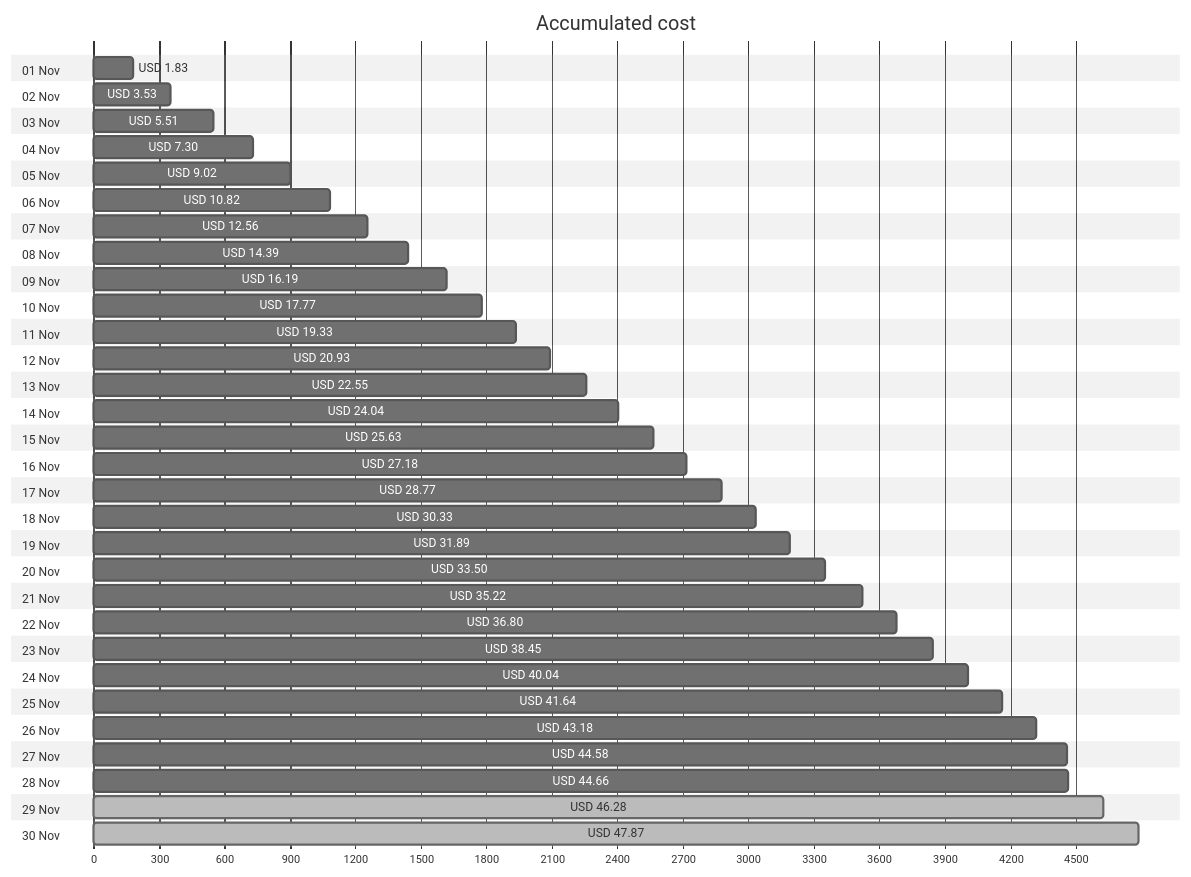
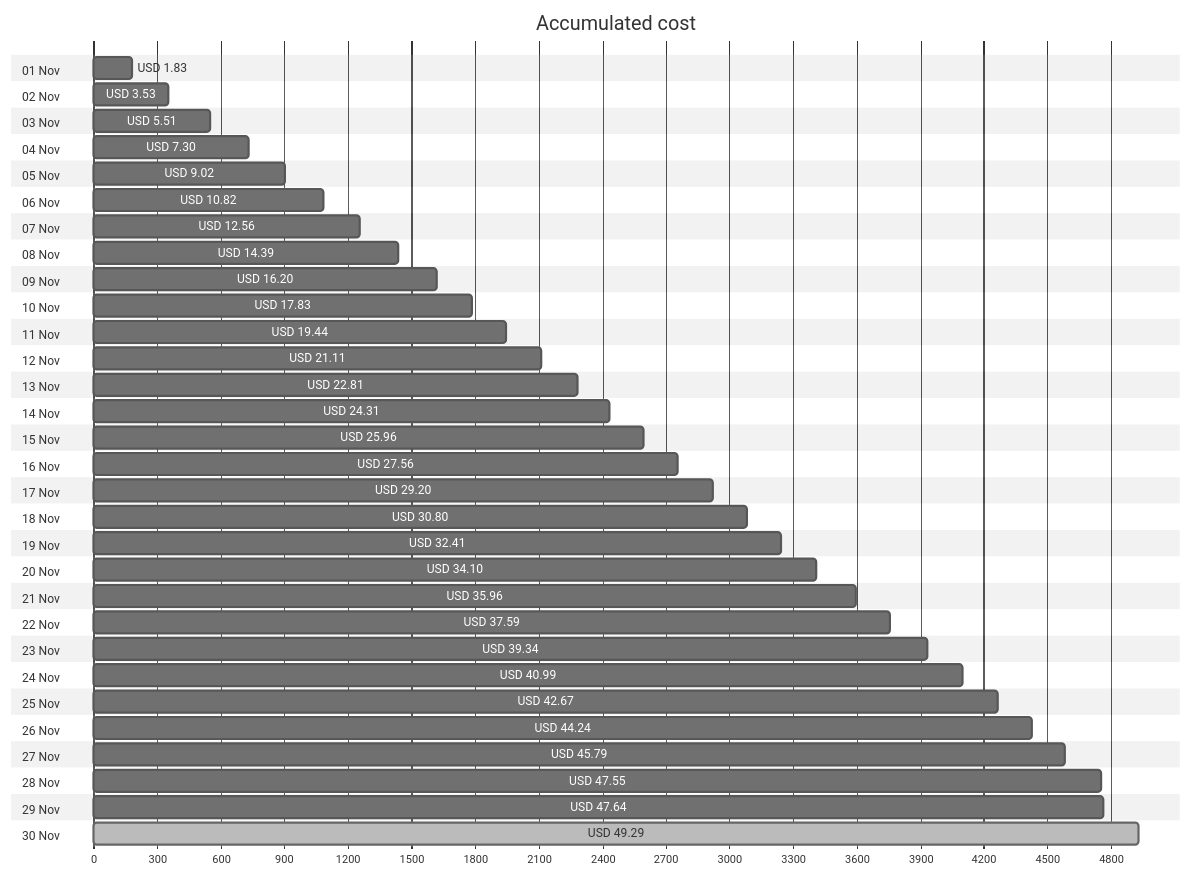
The first of 4 diagrams in cost-reports/personal-network/README.md (jpfulton/azure-personal-reports), drawn with Mermaid (neutral theme) before and after one commit. The commit also changed other lines of this file and 8 other files, not shown here.

````diff
--- a/cost-reports/personal-network/README.md
+++ b/cost-reports/personal-network/README.md
@@ -20,66 +20,66 @@
 ```mermaid
 gantt
    title Accumulated cost
    dateFormat  X
    axisFormat %s
    section 01 Nov
    USD 1.83 :0, 183
    section 02 Nov
    USD 3.53 :0, 353
    section 03 Nov
    USD 5.51 :0, 551
    section 04 Nov
    USD 7.30 :0, 730
    section 05 Nov
    USD 9.02 :0, 902
    section 06 Nov
    USD 10.82 :0, 1082
    section 07 Nov
    USD 12.56 :0, 1256
    section 08 Nov
    USD 14.39 :0, 1439
    section 09 Nov
-   USD 16.19 :0, 1619
+   USD 16.20 :0, 1620
    section 10 Nov
-   USD 17.77 :0, 1777
+   USD 17.83 :0, 1783
    section 11 Nov
-   USD 19.33 :0, 1933
+   USD 19.44 :0, 1944
    section 12 Nov
-   USD 20.93 :0, 2093
+   USD 21.11 :0, 2111
    section 13 Nov
-   USD 22.55 :0, 2255
+   USD 22.81 :0, 2281
    section 14 Nov
-   USD 24.04 :0, 2404
+   USD 24.31 :0, 2431
    section 15 Nov
-   USD 25.63 :0, 2563
+   USD 25.96 :0, 2596
    section 16 Nov
-   USD 27.18 :0, 2718
+   USD 27.56 :0, 2756
    section 17 Nov
-   USD 28.77 :0, 2877
+   USD 29.20 :0, 2920
    section 18 Nov
-   USD 30.33 :0, 3033
+   USD 30.80 :0, 3080
    section 19 Nov
-   USD 31.89 :0, 3189
+   USD 32.41 :0, 3241
    section 20 Nov
-   USD 33.50 :0, 3350
+   USD 34.10 :0, 3410
    section 21 Nov
-   USD 35.22 :0, 3522
+   USD 35.96 :0, 3596
    section 22 Nov
-   USD 36.80 :0, 3680
+   USD 37.59 :0, 3759
    section 23 Nov
-   USD 38.45 :0, 3845
+   USD 39.34 :0, 3934
    section 24 Nov
-   USD 40.04 :0, 4004
+   USD 40.99 :0, 4099
    section 25 Nov
-   USD 41.64 :0, 4164
+   USD 42.67 :0, 4267
    section 26 Nov
-   USD 43.18 :0, 4318
+   USD 44.24 :0, 4424
    section 27 Nov
-   USD 44.58 :0, 4458
+   USD 45.79 :0, 4579
    section 28 Nov
-   USD 44.66 :0, 4466
+   USD 47.55 :0, 4755
    section 29 Nov
-   USD 46.28 : done, 0, 4628
+   USD 47.64 :0, 4764
    section 30 Nov
-   USD 47.87 : done, 0, 4787
+   USD 49.29 : done, 0, 4929
 ```
````
